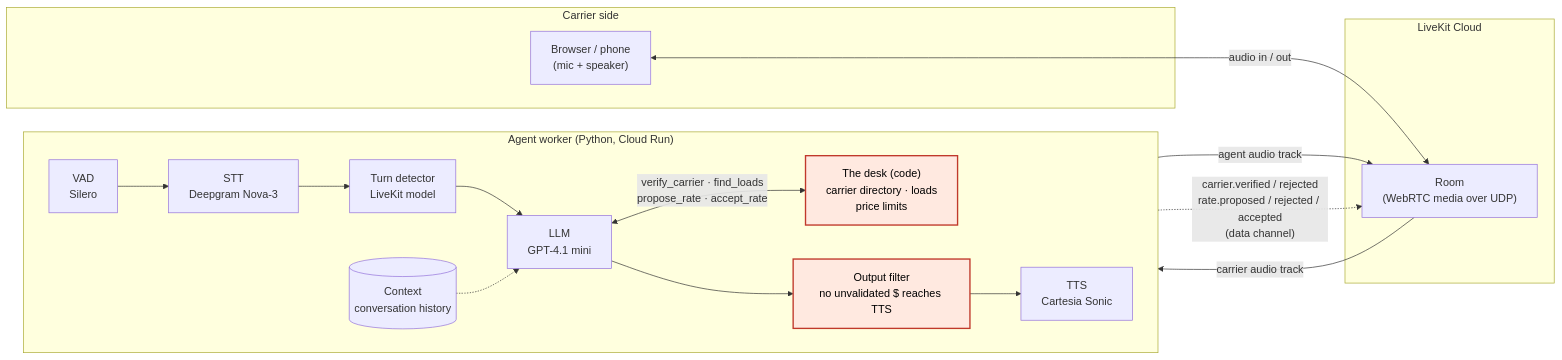
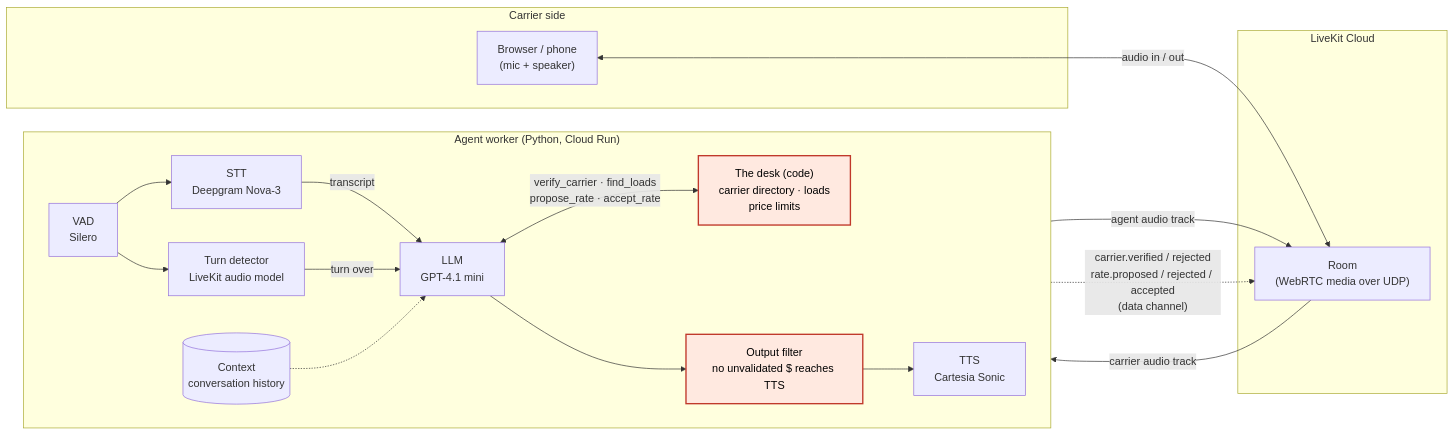
The first of 4 diagrams in docs/architecture.md (JSebastianIEU/voice-freight-negotiator), drawn with Mermaid before and after one commit. The commit also changed other lines of this file and 4 other files, not shown here.

First line of the commit message:
docs: the turn detector listens to the audio, not the transcript

````diff
--- a/docs/architecture.md
+++ b/docs/architecture.md
@@ -31,29 +31,30 @@
 ```mermaid
 flowchart LR
     subgraph client["Carrier side"]
         B["Browser / phone<br/>(mic + speaker)"]
     end
 
     subgraph lk["LiveKit Cloud"]
         R["Room<br/>(WebRTC media over UDP)"]
     end
 
     subgraph worker["Agent worker (Python, Cloud Run)"]
         direction LR
         VAD["VAD<br/>Silero"] --> STT["STT<br/>Deepgram Nova-3"]
-        STT --> TD["Turn detector<br/>LiveKit model"]
-        TD --> LLM["LLM<br/>GPT-4.1 mini"]
+        VAD --> TD["Turn detector<br/>LiveKit audio model"]
+        STT -->|"transcript"| LLM["LLM<br/>GPT-4.1 mini"]
+        TD -->|"turn over"| LLM
         LLM <-->|"verify_carrier · find_loads<br/>propose_rate · accept_rate"| PG["The desk (code)<br/>carrier directory · loads<br/>price limits"]
         LLM --> OF["Output filter<br/>no unvalidated $ reaches TTS"]
         OF --> TTS["TTS<br/>Cartesia Sonic"]
         CTX[("Context<br/>conversation history")] -.-> LLM
     end
 
     B <-->|"audio in / out"| R
     R -->|"carrier audio track"| VAD
     TTS -->|"agent audio track"| R
     PG -.->|"carrier.verified / rejected<br/>rate.proposed / rejected / accepted<br/>(data channel)"| R
 
     classDef guard fill:#ffe9e0,stroke:#c0392b,stroke-width:2px,color:#000;
     class PG,OF guard;
 ```
````
